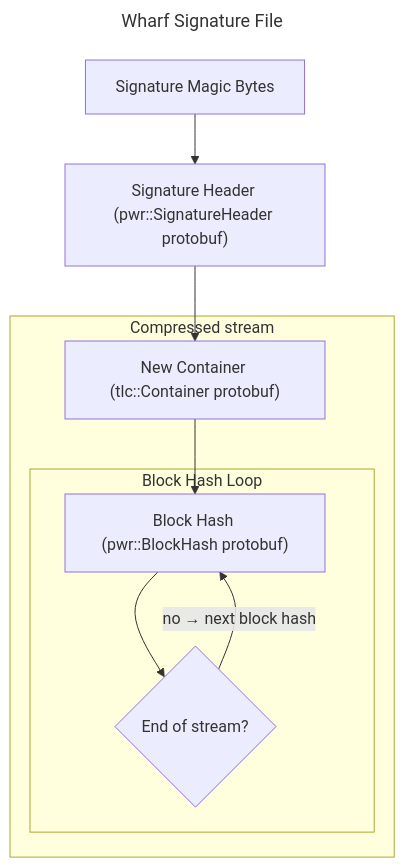
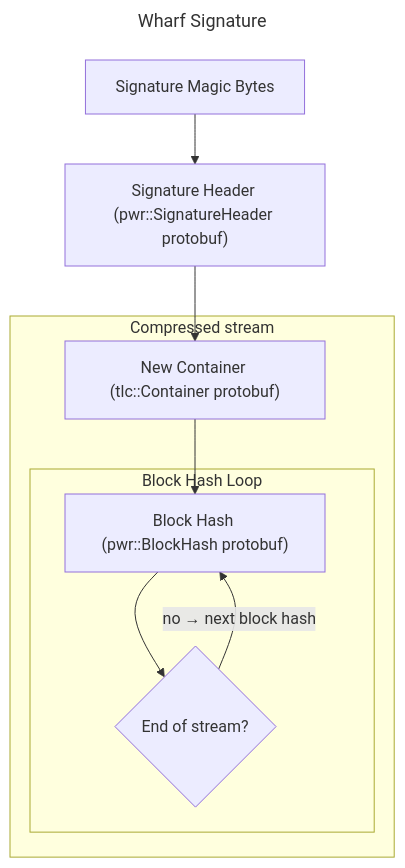
The diagram in docs/wharf/signature.md (Vidi0/scratch-io), drawn with Mermaid before and after one commit. The commit also changed 1 other file, not shown here.

Commit message:
Remove file from signature and patch wharf docs

````diff
--- a/docs/wharf/signature.md
+++ b/docs/wharf/signature.md
@@ -1,15 +1,15 @@
 ```mermaid
 ---
-title: Wharf Signature File
+title: Wharf Signature
 ---
 flowchart TB
     Magic["Signature Magic Bytes"] --> SignatureHeader["Signature Header (pwr::SignatureHeader protobuf)"]
     SignatureHeader --> ContainerNew
     subgraph Compressed["Compressed stream"]
         ContainerNew["New Container (tlc::Container protobuf)"] --> BlockHash["Block Hash (pwr::BlockHash protobuf)"]
         subgraph BlockHashLoop["Block Hash Loop"]
             BlockHash --> EOF
             EOF{"End of stream?"} -->|"no → next block hash"| BlockHash
         end
     end
 ```
````
